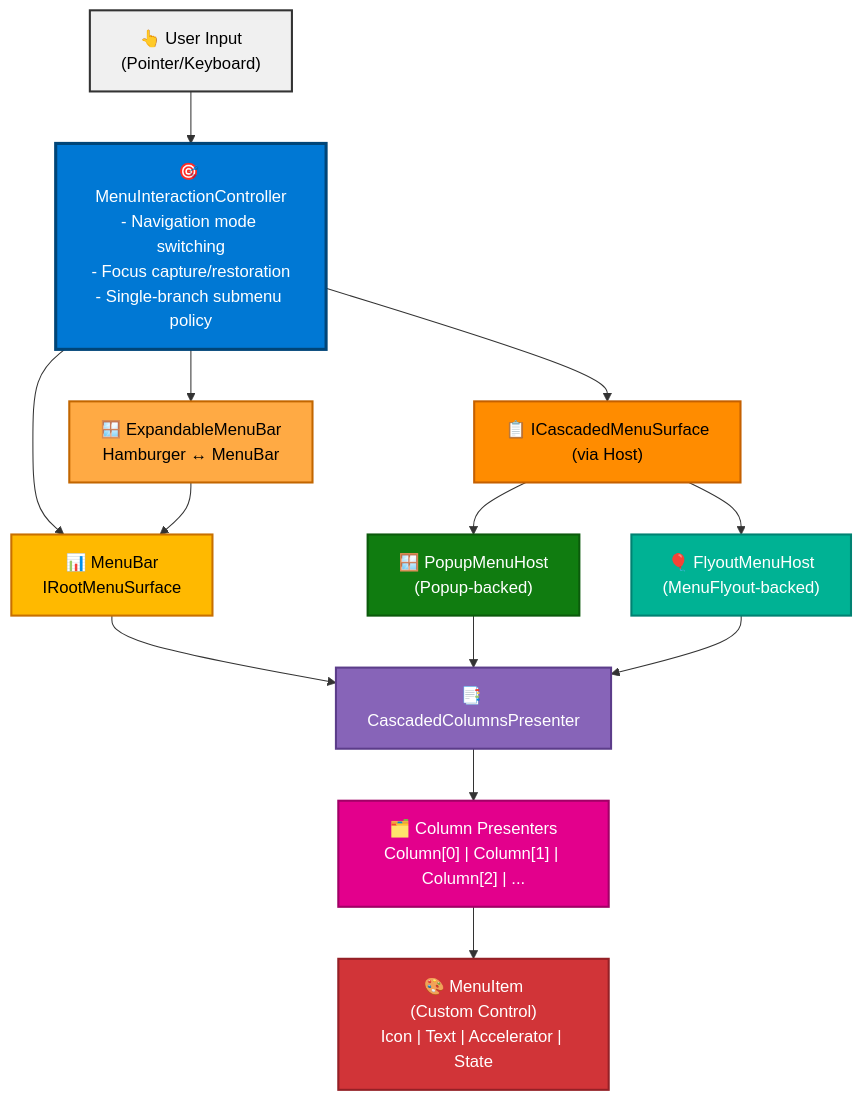
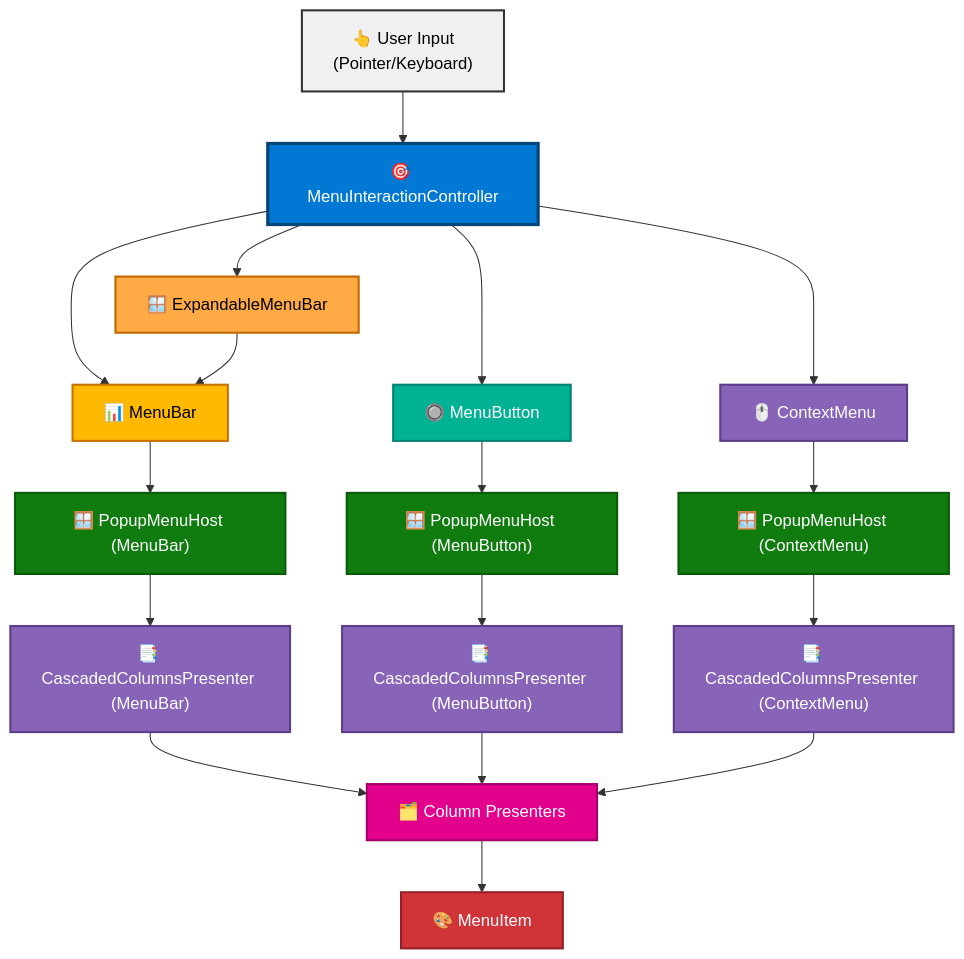
The diagram in projects/Controls/Menus/README.md (abdes/DroidNet), drawn with Mermaid before and after one commit. The commit also changed other lines of this file, not shown here.

Commit message:
docs(menus): remove FlyoutMenuHost references and update class diagram

````diff
--- a/projects/Controls/Menus/README.md
+++ b/projects/Controls/Menus/README.md
@@ -66,33 +63,41 @@
 ```mermaid
 flowchart TD
     Input["👆 User Input<br/>(Pointer/Keyboard)"]
 
-    Input --> Controller["🎯 MenuInteractionController<br/>- Navigation mode switching<br/>- Focus capture/restoration<br/>- Single-branch submenu policy"]
+    Input --> Controller["🎯 MenuInteractionController"]
 
-    Controller --> ExpandableRoot["🪟 ExpandableMenuBar<br/>Hamburger ↔ MenuBar"]
-    Controller --> RootSurface["📊 MenuBar<br/>IRootMenuSurface"]
-    Controller --> CascadedSurface["📋 ICascadedMenuSurface<br/>(via Host)"]
+    Controller --> ExpandableMenuBar["🪟 ExpandableMenuBar"]
+    Controller --> MenuBar["📊 MenuBar"]
+    Controller --> MenuButton["🔘 MenuButton"]
+    Controller --> ContextMenu["🖱️ ContextMenu"]
 
-    ExpandableRoot --> RootSurface
-    CascadedSurface --> PopupHost["🪟 PopupMenuHost<br/>(Popup-backed)"]
-    CascadedSurface --> FlyoutHost["🎈 FlyoutMenuHost<br/>(MenuFlyout-backed)"]
+    ExpandableMenuBar --> MenuBar
 
-    RootSurface --> Presenter["📑 CascadedColumnsPresenter"]
-    PopupHost --> Presenter
-    FlyoutHost --> Presenter
+    MenuBar --> PopupMenuHost_MenuBar["🪟 PopupMenuHost (MenuBar)"]
+    MenuButton --> PopupMenuHost_MenuButton["🪟 PopupMenuHost (MenuButton)"]
+    ContextMenu --> PopupMenuHost_ContextMenu["🪟 PopupMenuHost (ContextMenu)"]
 
-    Presenter --> Columns["🗂️ Column Presenters<br/>Column[0] | Column[1] | Column[2] | ..."]
+    PopupMenuHost_MenuBar --> Presenter_MenuBar["📑 CascadedColumnsPresenter (MenuBar)"]
+    PopupMenuHost_MenuButton --> Presenter_MenuButton["📑 CascadedColumnsPresenter (MenuButton)"]
+    PopupMenuHost_ContextMenu --> Presenter_ContextMenu["📑 CascadedColumnsPresenter (ContextMenu)"]
 
-    Columns --> MenuItem["🎨 MenuItem<br/>(Custom Control)<br/>Icon | Text | Accelerator | State"]
+    Presenter_MenuBar --> Columns["🗂️ Column Presenters"]
+    Presenter_MenuButton --> Columns
+    Presenter_ContextMenu --> Columns
+    Columns --> MenuItem["🎨 MenuItem"]
 
     style Input fill:#f0f0f0,stroke:#333,stroke-width:2px,color:#000
     style Controller fill:#0078d4,stroke:#004578,stroke-width:3px,color:#fff
-    style ExpandableRoot fill:#ffaa44,stroke:#c26600,stroke-width:2px,color:#000
-    style RootSurface fill:#ffb900,stroke:#c87000,stroke-width:2px,color:#000
-    style CascadedSurface fill:#ff8c00,stroke:#c56000,stroke-width:2px,color:#000
-    style PopupHost fill:#107c10,stroke:#0b5a0b,stroke-width:2px,color:#fff
-    style FlyoutHost fill:#00b294,stroke:#008272,stroke-width:2px,color:#fff
-    style Presenter fill:#8764b8,stroke:#5c3d8a,stroke-width:2px,color:#fff
+    style ExpandableMenuBar fill:#ffaa44,stroke:#c26600,stroke-width:2px,color:#000
+    style MenuBar fill:#ffb900,stroke:#c87000,stroke-width:2px,color:#000
+    style MenuButton fill:#00b294,stroke:#008272,stroke-width:2px,color:#fff
+    style ContextMenu fill:#8764b8,stroke:#5c3d8a,stroke-width:2px,color:#fff
+    style PopupMenuHost_MenuBar fill:#107c10,stroke:#0b5a0b,stroke-width:2px,color:#fff
+    style PopupMenuHost_MenuButton fill:#107c10,stroke:#0b5a0b,stroke-width:2px,color:#fff
+    style PopupMenuHost_ContextMenu fill:#107c10,stroke:#0b5a0b,stroke-width:2px,color:#fff
+    style Presenter_MenuBar fill:#8764b8,stroke:#5c3d8a,stroke-width:2px,color:#fff
+    style Presenter_MenuButton fill:#8764b8,stroke:#5c3d8a,stroke-width:2px,color:#fff
+    style Presenter_ContextMenu fill:#8764b8,stroke:#5c3d8a,stroke-width:2px,color:#fff
     style Columns fill:#e3008c,stroke:#a10066,stroke-width:2px,color:#fff
     style MenuItem fill:#d13438,stroke:#942026,stroke-width:2px,color:#fff
 ```
````
